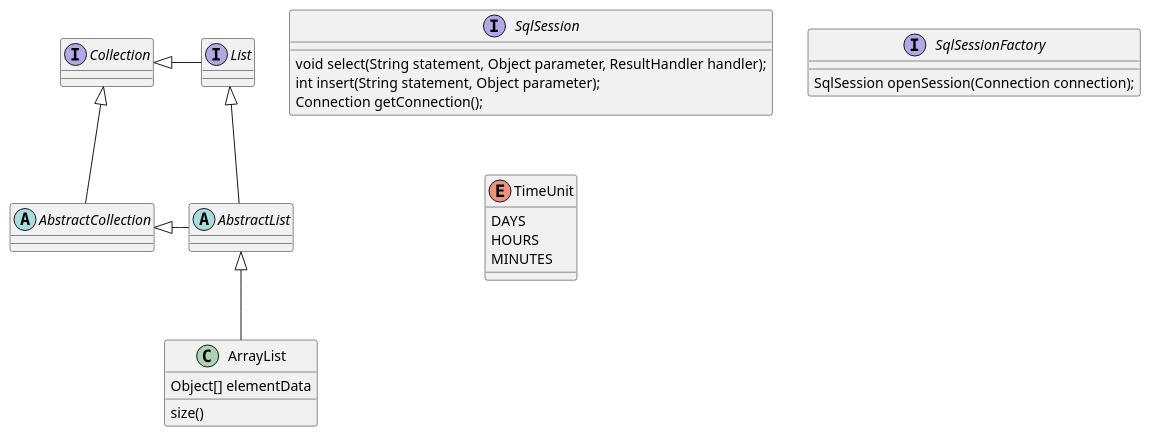
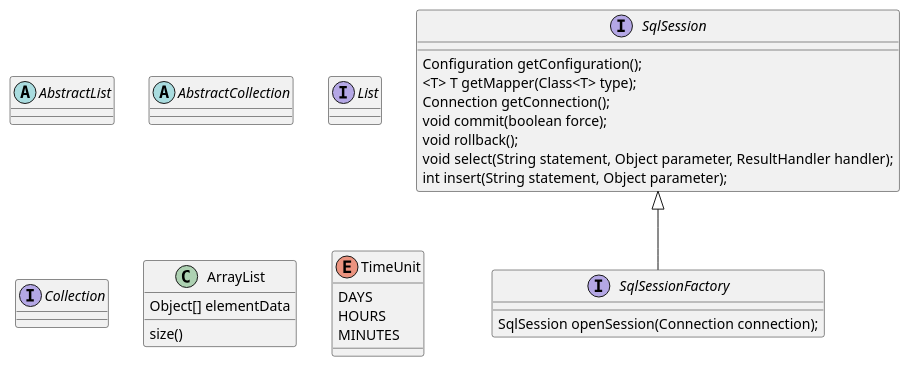
The diagram in doc/mybatis-session.puml (FS1360472174/mybatis-3), drawn with PlantUML before and after one commit.

Commit message:
add mybatis

```diff
--- a/doc/mybatis-session.puml
+++ b/doc/mybatis-session.puml
@@ -1,36 +1,36 @@
 @startuml
 
 abstract class AbstractList
 abstract AbstractCollection
 interface List
 interface Collection
 
-List <|-- AbstractList
-Collection <|-- AbstractCollection
-
-Collection <|- List
-AbstractCollection <|- AbstractList
-AbstractList <|-- ArrayList
+SqlSession <|-- SqlSessionFactory
 
 class ArrayList {
 Object[] elementData
 size()
 }
 
 interface SqlSession {
+Configuration getConfiguration();
+<T> T getMapper(Class<T> type);
+Connection getConnection();
+void commit(boolean force);
+void rollback();
 void select(String statement, Object parameter, ResultHandler handler);
 int insert(String statement, Object parameter);
-Connection getConnection();
+
 }
 
 interface SqlSessionFactory {
 SqlSession openSession(Connection connection);
 }
 
 enum TimeUnit {
 DAYS
 HOURS
 MINUTES
 }
 
 @enduml
```
